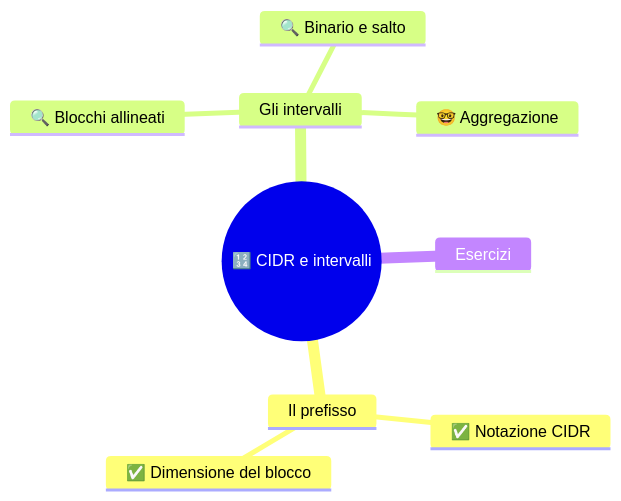
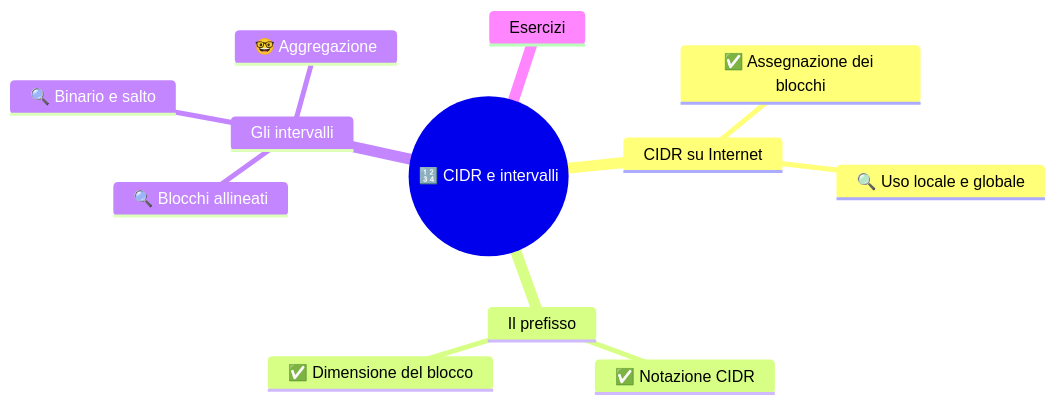
The diagram in 4DI - Sistemi e Reti/1 SETT-OTT/(STU) 4DI sett-ott S5 - CIDR e intervalli.md (Neeqstock/dispense-caramuel), drawn with Mermaid before and after one commit. The commit also changed other lines of this file and 18 other files, not shown here.

````diff
--- a/4DI - Sistemi e Reti/1 SETT-OTT/(STU) 4DI sett-ott S5 - CIDR e intervalli.md
+++ b/4DI - Sistemi e Reti/1 SETT-OTT/(STU) 4DI sett-ott S5 - CIDR e intervalli.md
@@ -13,12 +13,15 @@
 ```mermaid
 mindmap
   root((🔢 CIDR e intervalli))
+    CIDR su Internet
+      ✅ Assegnazione dei blocchi
+      🔍 Uso locale e globale
     Il prefisso
       ✅ Notazione CIDR
       ✅ Dimensione del blocco
     Gli intervalli
       🔍 Blocchi allineati
       🔍 Binario e salto
       🤓 Aggregazione
     Esercizi
 ```
````
